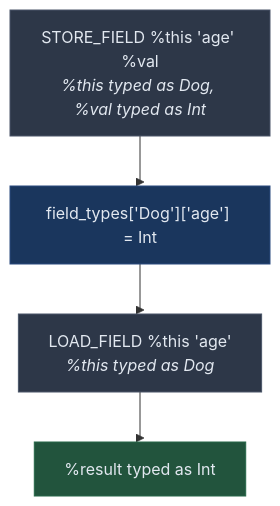
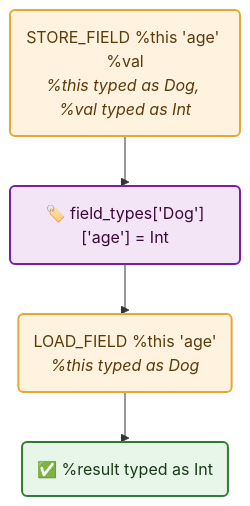
Before and after one commit to asengupta/avishek.net: the eighth of 9 diagrams in _posts/2026-03-01-designing-reddragon-multi-language-code-analysis.md, drawn with Mermaid. The commit also changed other lines of this file and 2 other files, not shown here.

First line of the commit message:
Beautify mermaid diagrams across all three posts, add Tools section and execution loop

````diff
--- a/_posts/2026-03-01-designing-reddragon-multi-language-code-analysis.md
+++ b/_posts/2026-03-01-designing-reddragon-multi-language-code-analysis.md
@@ -1150,13 +1229,14 @@
 ```mermaid
 %%{ init: { "flowchart": { "curve": "stepBefore" } } }%%
 flowchart TD
-    STORE["STORE_FIELD %this 'age' %val<br/><i>%this typed as Dog, %val typed as Int</i>"]
-    STORE --> FT["field_types['Dog']['age'] = Int"]
-    FT --> LOAD["LOAD_FIELD %this 'age'<br/><i>%this typed as Dog</i>"]
-    LOAD --> RESULT["%result typed as Int"]
+    STORE("STORE_FIELD %this 'age' %val<br/><i>%this typed as Dog, %val typed as Int</i>"):::ir
+    FT("🏷️ field_types['Dog']['age'] = Int"):::infer
+    LOAD("LOAD_FIELD %this 'age'<br/><i>%this typed as Dog</i>"):::ir
+    RESULT("✅ %result typed as Int"):::output
 
-    style STORE fill:#2d3748,stroke:#4a5568,color:#e2e8f0
-    style FT fill:#1a365d,stroke:#2a4a7f,color:#e2e8f0
-    style LOAD fill:#2d3748,stroke:#4a5568,color:#e2e8f0
-    style RESULT fill:#22543d,stroke:#276749,color:#e2e8f0
+    STORE --> FT --> LOAD --> RESULT
+
+    classDef ir fill:#fff3e0,stroke:#e8a735,stroke-width:2px,color:#5c3a0a
+    classDef infer fill:#f3e5f5,stroke:#7b1fa2,stroke-width:2px,color:#3a0a3a
+    classDef output fill:#e8f5e9,stroke:#2e7d32,stroke-width:2px,color:#1a3a1a
 ```
````
